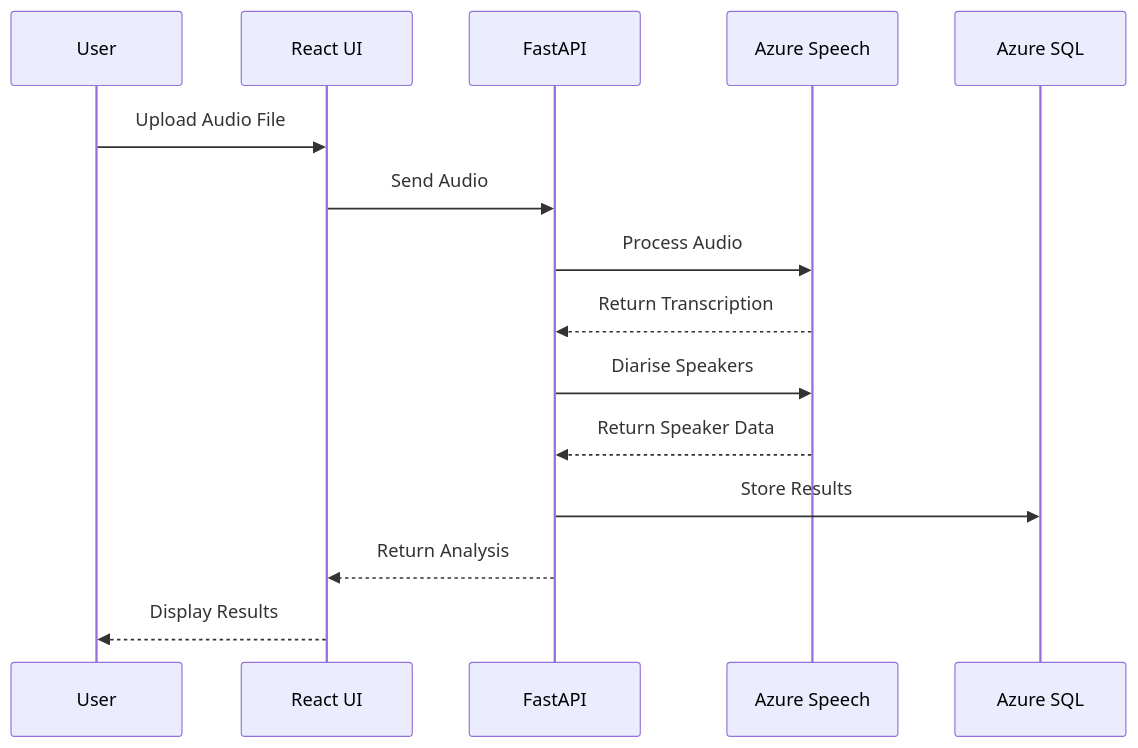
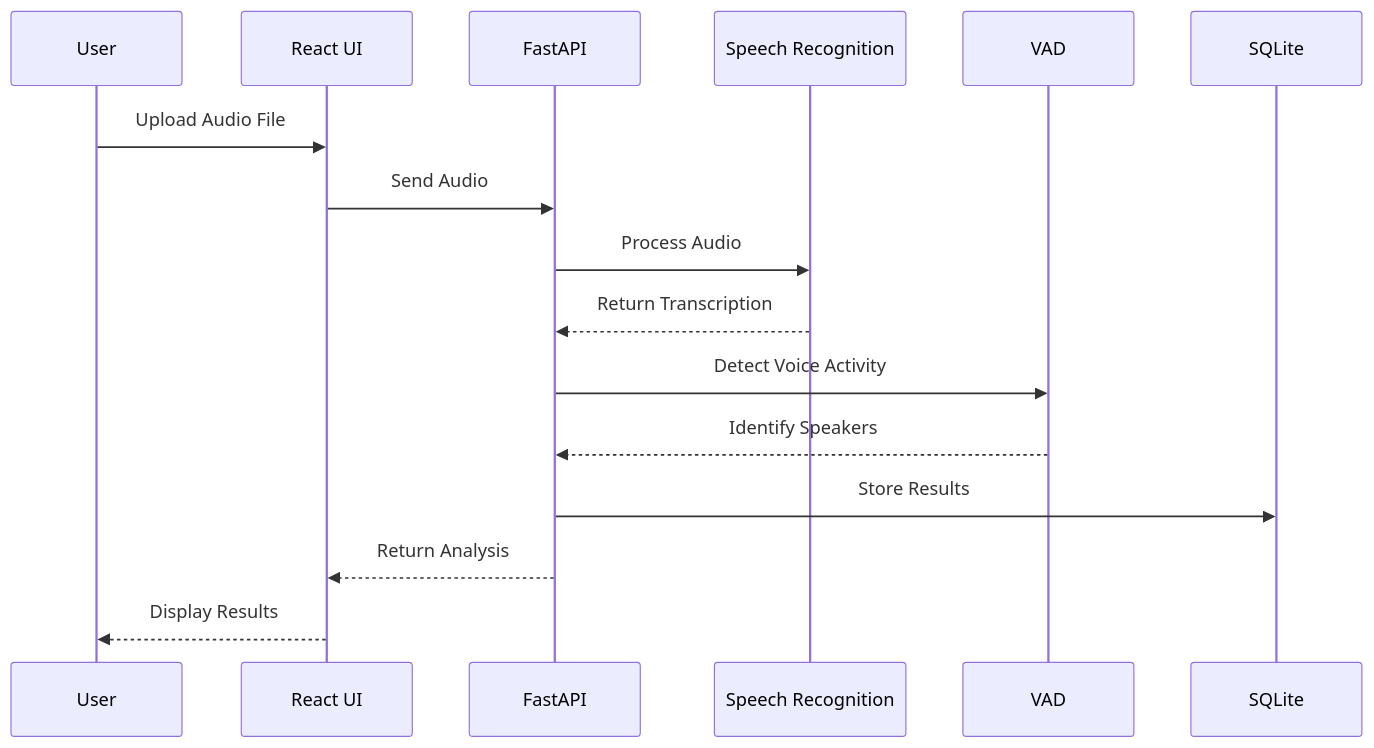
Before and after one commit to AL-Kaisi/conversation-voice-analyser: the second of 2 diagrams in README.md, drawn with Mermaid. The commit also changed other lines of this file, not shown here.

Commit message:
removed azure set up

````diff
--- a/README.md
+++ b/README.md
@@ -63,18 +60,19 @@
 ```mermaid
 sequenceDiagram
     participant User
     participant React UI
     participant FastAPI
-    participant Azure Speech
-    participant Azure SQL
+    participant Speech Recognition
+    participant VAD
+    participant SQLite
     
     User->>React UI: Upload Audio File
     React UI->>FastAPI: Send Audio
-    FastAPI->>Azure Speech: Process Audio
-    Azure Speech-->>FastAPI: Return Transcription
-    FastAPI->>Azure Speech: Diarise Speakers
-    Azure Speech-->>FastAPI: Return Speaker Data
-    FastAPI->>Azure SQL: Store Results
+    FastAPI->>Speech Recognition: Process Audio
+    Speech Recognition-->>FastAPI: Return Transcription
+    FastAPI->>VAD: Detect Voice Activity
+    VAD-->>FastAPI: Identify Speakers
+    FastAPI->>SQLite: Store Results
     FastAPI-->>React UI: Return Analysis
     React UI-->>User: Display Results
 ```
````
